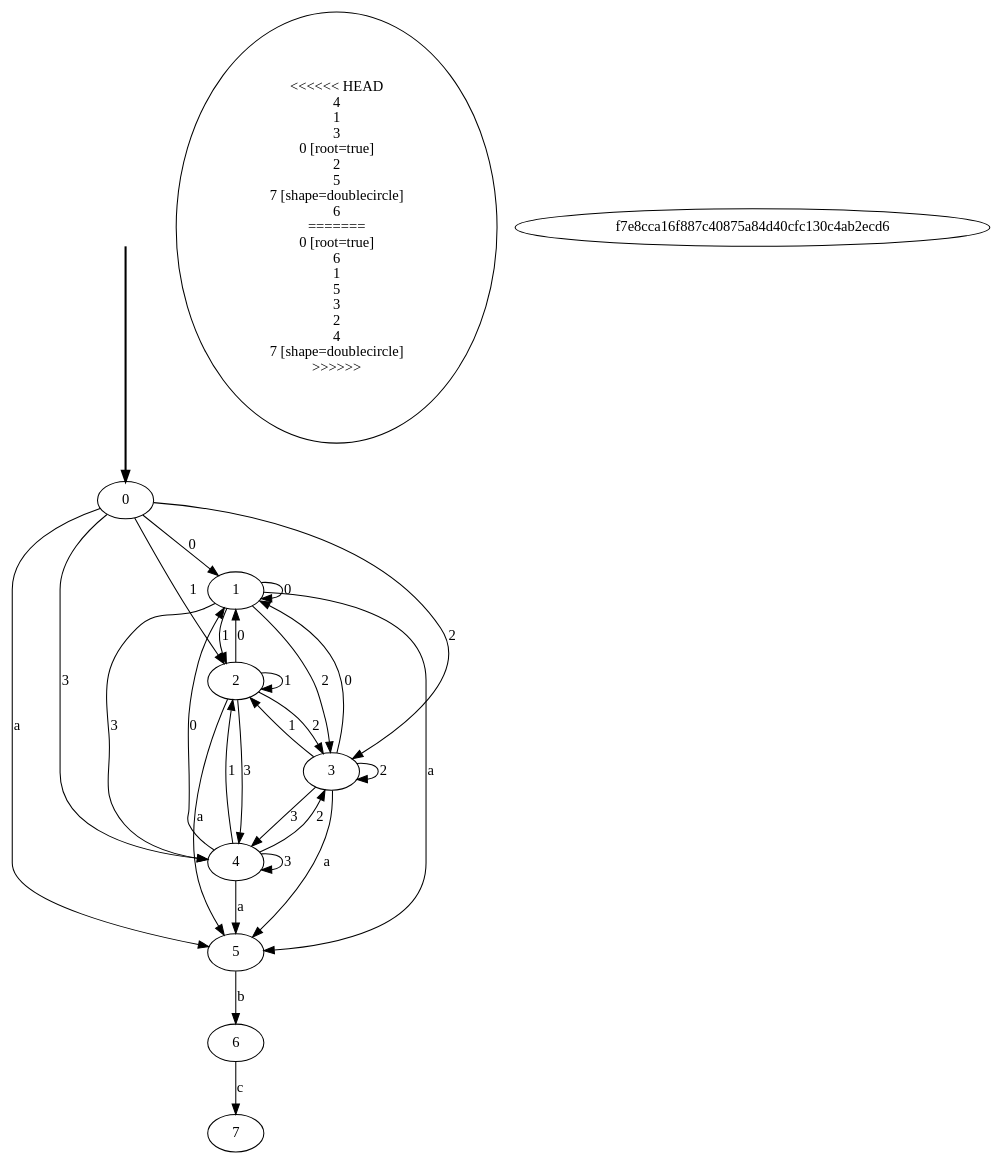
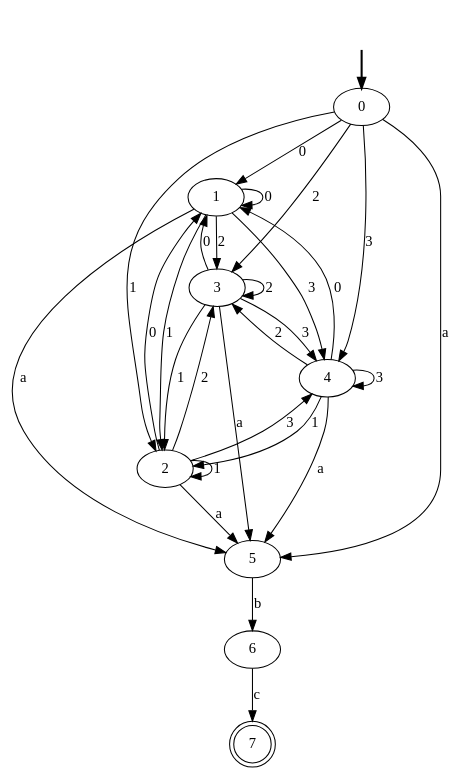
Before and after one commit to maupeon/Compiladores: the diagram in Tarea 1/graphic_DFA.dot, drawn with Graphviz. The commit also changed 4 other files, not shown here.

```diff
--- a/Tarea 1/graphic_DFA.dot
+++ b/Tarea 1/graphic_DFA.dot
@@ -1,50 +1,39 @@
 digraph {
 	fake [style=invisible]
-<<<<<<< HEAD
-	4
-	1
-	3
-	0 [root=true]
-	2
-	5
-	7 [shape=doublecircle]
-	6
-=======
 	0 [root=true]
 	6
 	1
 	5
 	3
 	2
 	4
 	7 [shape=doublecircle]
->>>>>>> f7e8cca16f887c40875a84d40cfc130c4ab2ecd6
 	fake -> 0 [style=bold]
 	0 -> 1 [label=0]
 	0 -> 2 [label=1]
 	0 -> 3 [label=2]
 	0 -> 4 [label=3]
 	0 -> 5 [label=a]
 	1 -> 1 [label=0]
 	1 -> 2 [label=1]
 	1 -> 3 [label=2]
 	1 -> 4 [label=3]
 	1 -> 5 [label=a]
 	2 -> 1 [label=0]
 	2 -> 2 [label=1]
 	2 -> 3 [label=2]
 	2 -> 4 [label=3]
 	2 -> 5 [label=a]
 	3 -> 1 [label=0]
 	3 -> 2 [label=1]
 	3 -> 3 [label=2]
 	3 -> 4 [label=3]
 	3 -> 5 [label=a]
 	4 -> 1 [label=0]
 	4 -> 2 [label=1]
 	4 -> 3 [label=2]
 	4 -> 4 [label=3]
 	4 -> 5 [label=a]
 	5 -> 6 [label=b]
 	6 -> 7 [label=c]
 }
```
